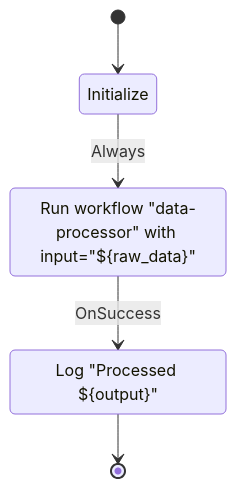
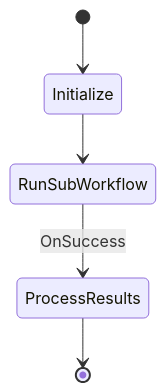
One commit to wballard/swissarmyhammer changed the eighth of 10 diagrams in doc/src/workflows.md. Above: the diagram before and after it, drawn with Mermaid. The commit also changed other lines of this file and 3 other files, not shown here.

````diff
--- a/doc/src/workflows.md
+++ b/doc/src/workflows.md
@@ -326,10 +444,7 @@
 ```mermaid
 stateDiagram-v2
     [*] --> Initialize
-    Initialize --> RunSubWorkflow: Always
+    Initialize --> RunSubWorkflow
     RunSubWorkflow --> ProcessResults: OnSuccess
     ProcessResults --> [*]
-    
-    RunSubWorkflow: Run workflow "data-processor" with input="${raw_data}"
-    ProcessResults: Log "Processed ${output}"
 ```
````
